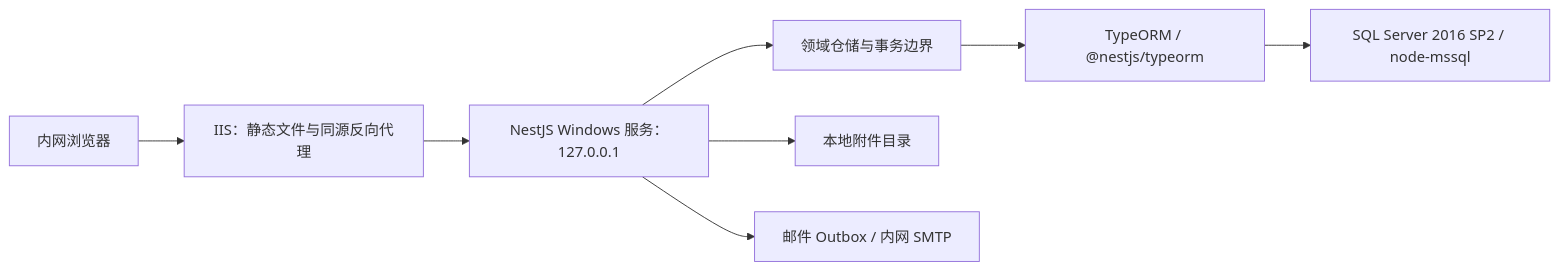
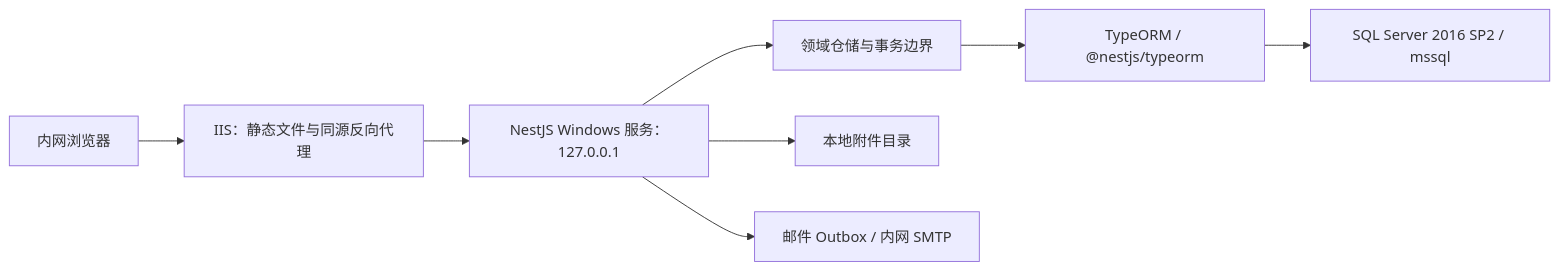
The diagram in document/BACKEND_IMPLEMENTATION_DESIGN.md (hdp00/processSite), drawn with Mermaid before and after one commit. The commit also changed other lines of this file and 6 other files, not shown here.

````diff
--- a/document/BACKEND_IMPLEMENTATION_DESIGN.md
+++ b/document/BACKEND_IMPLEMENTATION_DESIGN.md
@@ -32,10 +32,10 @@
 ```mermaid
 flowchart LR
     B["内网浏览器"] --> I["IIS：静态文件与同源反向代理"]
     I --> N["NestJS Windows 服务：127.0.0.1"]
     N --> P["领域仓储与事务边界"]
     P --> T["TypeORM / @nestjs/typeorm"]
-    T --> M["SQL Server 2016 SP2 / node-mssql"]
+    T --> M["SQL Server 2016 SP2 / mssql"]
     N --> F["本地附件目录"]
     N --> O["邮件 Outbox / 内网 SMTP"]
 ```
````
